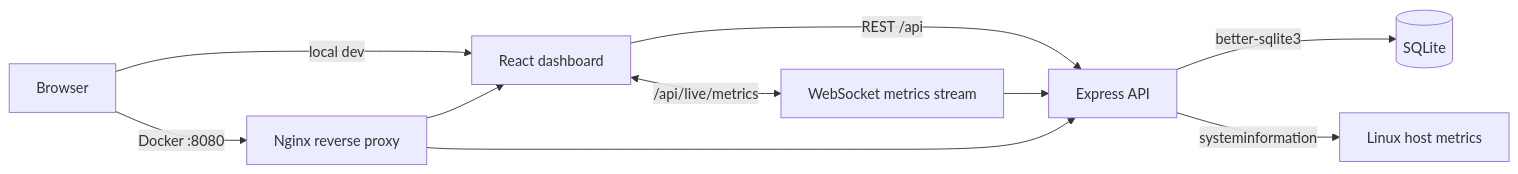
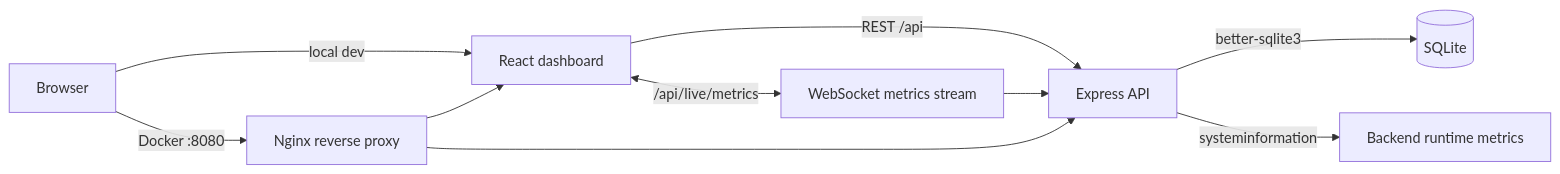
Before and after one commit to rmks14/Placeholder: the first of 2 diagrams in README.md, drawn with Mermaid. The commit also changed other lines of this file and 1 other file, not shown here.

Commit message:
docs: define single-host v1 scope and architecture

````diff
--- a/README.md
+++ b/README.md
@@ -100,20 +134,20 @@
 ```mermaid
 flowchart LR
   browser["Browser"]
   frontend["React dashboard"]
   proxy["Nginx reverse proxy"]
   api["Express API"]
   live["WebSocket metrics stream"]
   sqlite[("SQLite")]
-  host["Linux host metrics"]
+  runtime["Backend runtime metrics"]
 
   browser -->|local dev| frontend
   browser -->|Docker :8080| proxy
   proxy --> frontend
   proxy --> api
   frontend -->|REST /api| api
   frontend <-->|/api/live/metrics| live
   live --> api
   api -->|better-sqlite3| sqlite
-  api -->|systeminformation| host
+  api -->|systeminformation| runtime
 ```
````
